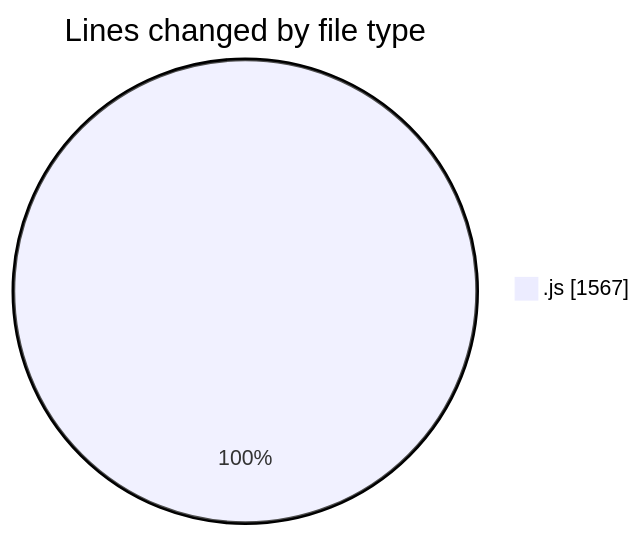
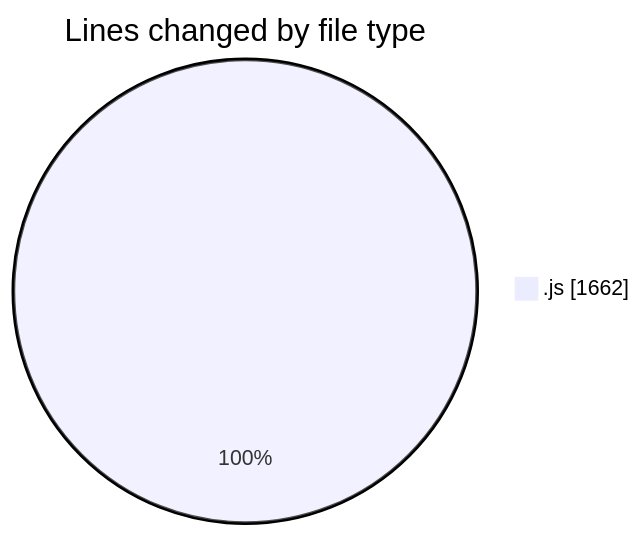
Before and after one commit to Ritupan-Deka/code-tracking: the first of 2 diagrams in 2025-07-29/javascript/README.md, drawn with Mermaid. The commit also changed other lines of this file and 1 other file, not shown here.

````diff
--- a/2025-07-29/javascript/README.md
+++ b/2025-07-29/javascript/README.md
@@ -21,5 +21,5 @@
 ```mermaid
 pie showData
 title Lines changed by file type
-".js" : 1567
+".js" : 1662
 ```
````
